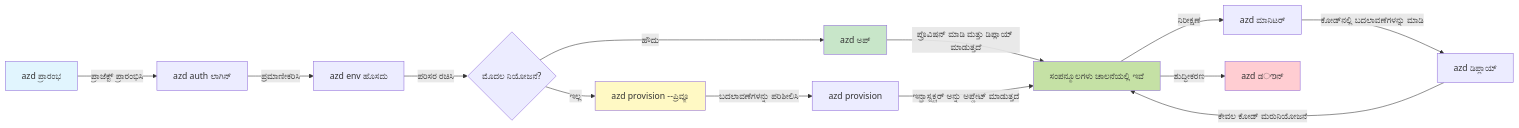
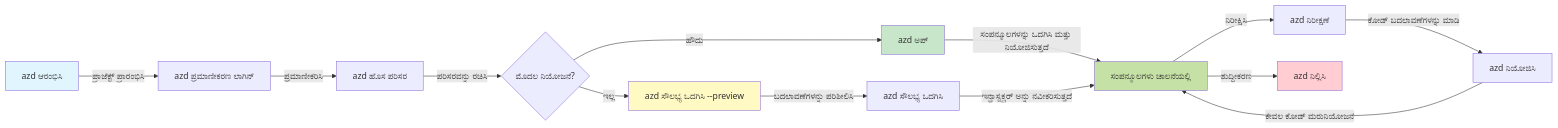
The first of 2 diagrams in translations/kn/docs/chapter-01-foundation/azd-basics.md (microsoft/AZD-for-beginners), drawn with Mermaid before and after one commit. The commit also changed other lines of this file and 102 other files, not shown here.

````diff
--- a/translations/kn/docs/chapter-01-foundation/azd-basics.md
+++ b/translations/kn/docs/chapter-01-foundation/azd-basics.md
@@ -254,21 +269,21 @@
 ```mermaid
 graph LR
-    A[azd ಪ್ರಾರಂಭ] -->|ಪ್ರಾಜೆಕ್ಟ್ ಪ್ರಾರಂಭಿಸಿ| B[azd auth ಲಾಗಿನ್]
-    B -->|ಪ್ರಮಾಣೀಕರಿಸಿ| C[azd env ಹೊಸದು]
-    C -->|ಪರಿಸರ ರಚಿಸಿ| D{ಮೊದಲ ನಿಯೋಜನೆ?}
+    A[azd ಆರಂಭಿಸಿ] -->|ಪ್ರಾಜೆಕ್ಟ್ ಪ್ರಾರಂಭಿಸಿ| B[azd ಪ್ರಮಾಣೀಕರಣ ಲಾಗಿನ್]
+    B -->|ಪ್ರಮಾಣೀಕರಿಸಿ| C[azd ಹೊಸ ಪರಿಸರ]
+    C -->|ಪರಿಸರವನ್ನು ರಚಿಸಿ| D{ಮೊದಲ ನಿಯೋಜನೆ?}
     D -->|ಹೌದು| E[azd ಅಪ್]
-    D -->|ಇಲ್ಲ| F[azd provision --ಪ್ರಿವ್ಯೂ]
-    F -->|ಬದಲಾವಣೆಗಳನ್ನು ಪರಿಶೀಲಿಸಿ| G[azd provision]
-    E -->|ಪ್ರೊವಿಷನ್ ಮಾಡಿ ಮತ್ತು ಡಿಪ್ಲಾಯ್ ಮಾಡುತ್ತದೆ| H[ಸಂಪನ್ಮೂಲಗಳು ಚಾಲನೆಯಲ್ಲಿ ಇವೆ]
-    G -->|ಇನ್ಫ್ರಾಸ್ಟ್ರಕ್ಚರ್ ಅನ್ನು ಅಪ್ಡೇಟ್ ಮಾಡುತ್ತದೆ| H
-    H -->|ನಿರೀಕ್ಷಣೆ| I[azd ಮಾನಿಟರ್]
-    I -->|ಕೋಡ್‌ನಲ್ಲಿ ಬದಲಾವಣೆಗಳನ್ನು ಮಾಡಿ| J[azd ಡಿಪ್ಲಾಯ್]
+    D -->|ಇಲ್ಲ| F[azd ಸೌಲಭ್ಯ ಒದಗಿಸಿ --preview]
+    F -->|ಬದಲಾವಣೆಗಳನ್ನು ಪರಿಶೀಲಿಸಿ| G[azd ಸೌಲಭ್ಯ ಒದಗಿಸಿ]
+    E -->|ಸಂಪನ್ಮೂಲಗಳನ್ನು ಒದಗಿಸಿ ಮತ್ತು ನಿಯೋಜಿಸುತ್ತದೆ| H[ಸಂಪನ್ಮೂಲಗಳು ಚಾಲನೆಯಲ್ಲಿ]
+    G -->|ಇನ್ಫ್ರಾಸ್ಟ್ರಕ್ಚರ್ ಅನ್ನು ನವೀಕರಿಸುತ್ತದೆ| H
+    H -->|ನಿರೀಕ್ಷಿಸಿ| I[azd ನಿರೀಕ್ಷಣೆ]
+    I -->|ಕೋಡ್ ಬದಲಾವಣೆಗಳನ್ನು ಮಾಡಿ| J[azd ನಿಯೋಜಿಸಿ]
     J -->|ಕೇವಲ ಕೋಡ್ ಮರುನಿಯೋಜನೆ| H
-    H -->|ಶುದ್ಧೀಕರಣ| K[azd ಡൗನ್]
+    H -->|ಶುದ್ಧೀಕರಣ| K[azd ನಿಲ್ಲಿಸಿ]
     
     style A fill:#e1f5fe
     style E fill:#c8e6c9
     style F fill:#fff9c4
     style H fill:#c5e1a5
     style K fill:#ffcdd2
 ```
````
